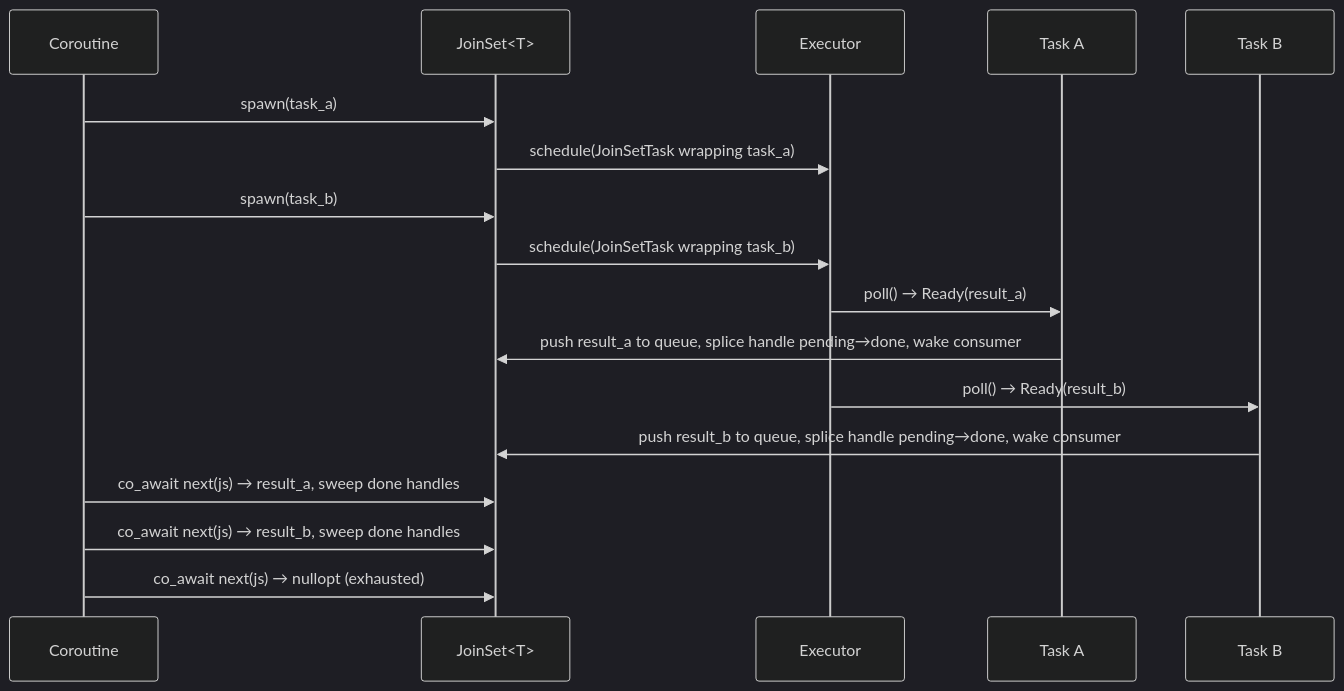
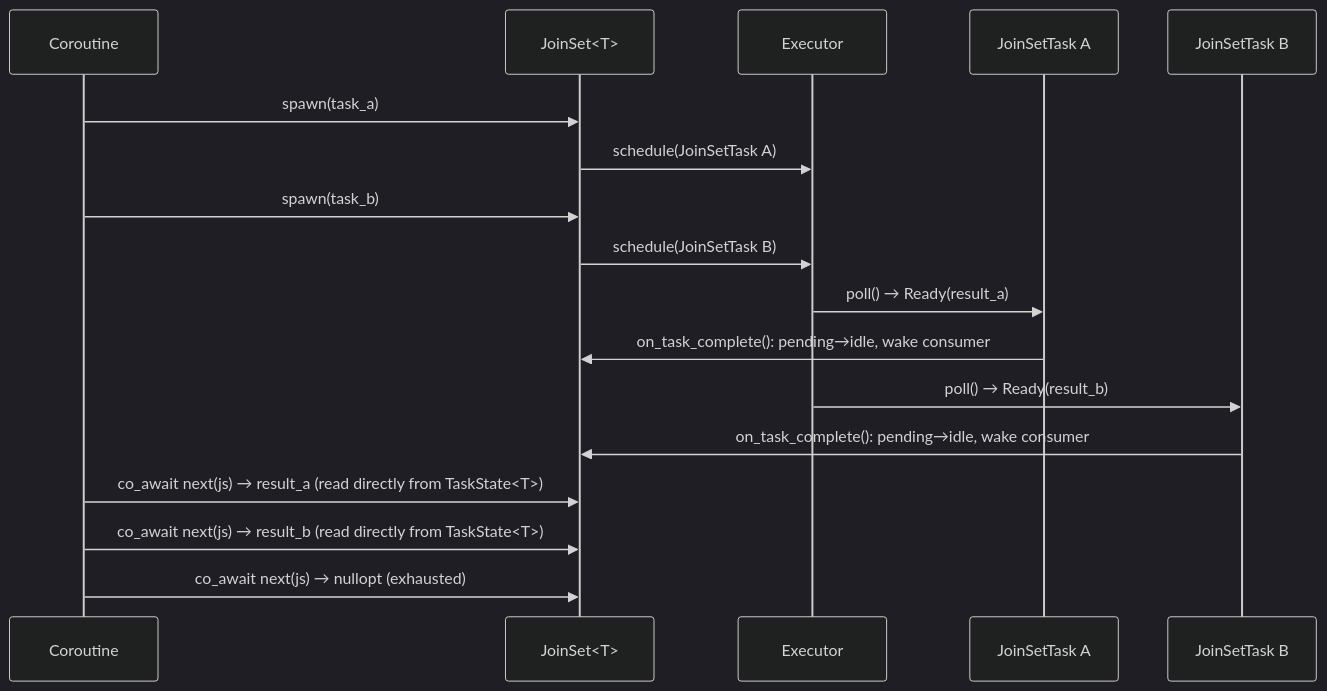
One commit to bts164/coro changed the diagram in doc/join_set.md. Above: the diagram before and after it, drawn with Mermaid (dark theme). The commit also changed other lines of this file and 20 other files, not shown here.

Commit message:
Redesigned JoinSet internals to eliminate unneccessary allocations

````diff
--- a/doc/join_set.md
+++ b/doc/join_set.md
@@ -6,22 +6,22 @@
 ```mermaid
 sequenceDiagram
     participant C as Coroutine
     participant JS as JoinSet<T>
     participant E as Executor
-    participant T1 as Task A
-    participant T2 as Task B
+    participant T1 as JoinSetTask A
+    participant T2 as JoinSetTask B
 
     C->>JS: spawn(task_a)
-    JS->>E: schedule(JoinSetTask wrapping task_a)
+    JS->>E: schedule(JoinSetTask A)
     C->>JS: spawn(task_b)
-    JS->>E: schedule(JoinSetTask wrapping task_b)
+    JS->>E: schedule(JoinSetTask B)
 
     E->>T1: poll() → Ready(result_a)
-    T1->>JS: push result_a to queue, splice handle pending→done, wake consumer
+    T1->>JS: on_task_complete(): pending→idle, wake consumer
     E->>T2: poll() → Ready(result_b)
-    T2->>JS: push result_b to queue, splice handle pending→done, wake consumer
+    T2->>JS: on_task_complete(): pending→idle, wake consumer
 
-    C->>JS: co_await next(js) → result_a, sweep done handles
-    C->>JS: co_await next(js) → result_b, sweep done handles
+    C->>JS: co_await next(js) → result_a (read directly from TaskState<T>)
+    C->>JS: co_await next(js) → result_b (read directly from TaskState<T>)
     C->>JS: co_await next(js) → nullopt (exhausted)
 ```
````
